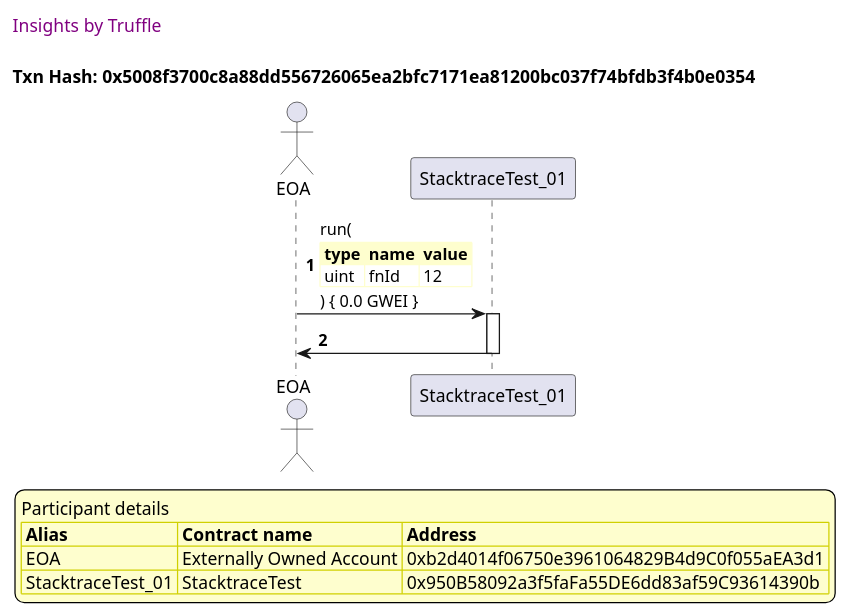
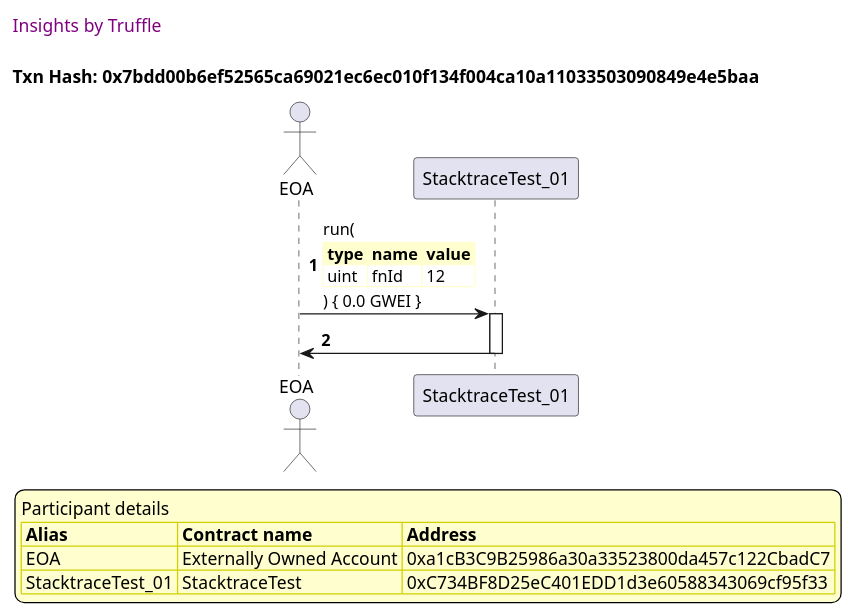
The second of 10 diagrams in truffle-seq/stacktrace.test.md (trufflesuite/txlog-seedlings), drawn with PlantUML before and after one commit. The commit also changed other lines of this file and 8 other files, not shown here.

````diff
--- a/truffle-seq/stacktrace.test.md
+++ b/truffle-seq/stacktrace.test.md
@@ -63,40 +63,40 @@
 ```plantuml
 
 
 @startuml
 
 autonumber
 skinparam legendBackgroundColor #FEFECE
 
 <style>
       header {
         HorizontalAlignment left
         FontColor purple
         FontSize 14
         Padding 10
       }
     </style>
 
 header Insights by Truffle
 
-title Txn Hash: 0x5008f3700c8a88dd556726065ea2bfc7171ea81200bc037f74bfdb3f4b0e0354
+title Txn Hash: 0x7bdd00b6ef52565ca69021ec6ec010f134f004ca10a11033503090849e4e5baa
 
 
 actor EOA as "EOA"
 participant StacktraceTest_01 as "StacktraceTest_01"
 
 "EOA" -> "StacktraceTest_01" ++: run(\n\
 <#FEFECE,#FEFECE>|= type |= name |= value |\n\
 | uint | fnId | 12 |\n\
 ) { 0.0 GWEI }
 "StacktraceTest_01" -> "EOA" --: 
 
 legend
 Participant details
 <#FEFECE,#D0D000>|= Alias |= Contract name |= Address |
-<#FEFECE>| EOA | Externally Owned Account | 0xb2d4014f06750e3961064829B4d9C0f055aEA3d1 |
-<#FEFECE>| StacktraceTest_01 | StacktraceTest | 0x950B58092a3f5faFa55DE6dd83af59C93614390b |
+<#FEFECE>| EOA | Externally Owned Account | 0xa1cB3C9B25986a30a33523800da457c122CbadC7 |
+<#FEFECE>| StacktraceTest_01 | StacktraceTest | 0xC734BF8D25eC401EDD1d3e60588343069cf95f33 |
 endlegend
 
 @enduml
 ```
````
